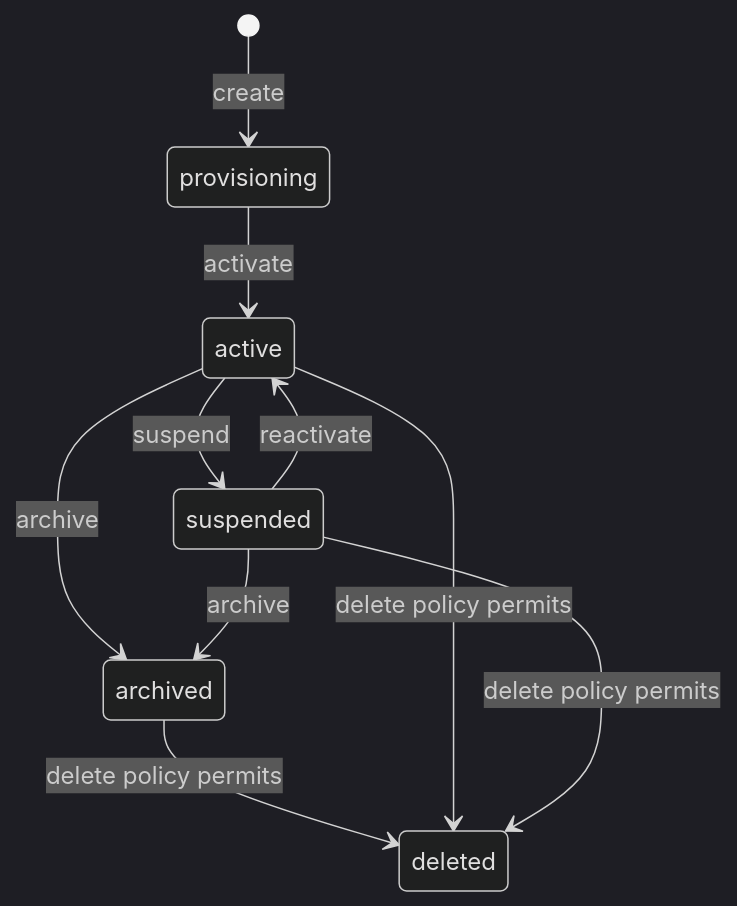
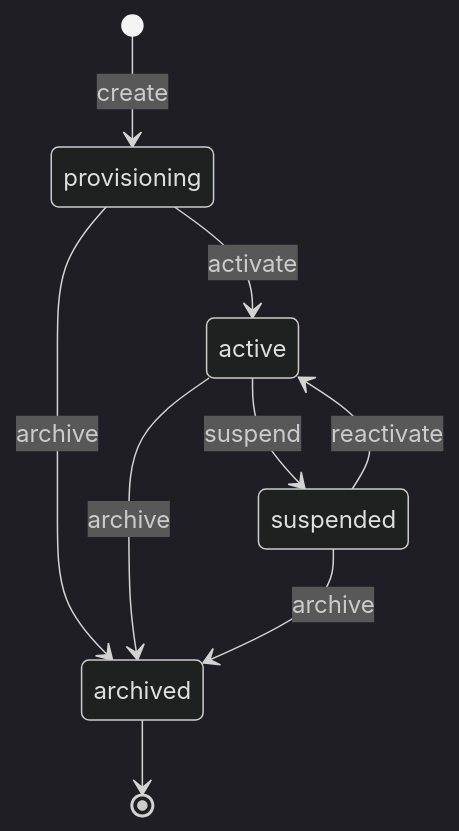
Before and after one commit to Axodus/ACS: the first of 2 diagrams in docs/epics/epic-15/architecture.md, drawn with Mermaid (dark theme). The commit also changed other lines of this file and 6 other files, not shown here.

```diff
--- a/docs/epics/epic-15/architecture.md
+++ b/docs/epics/epic-15/architecture.md
@@ -72,12 +72,11 @@
 ~~~mermaid
 stateDiagram-v2
   [*] --> provisioning: create
   provisioning --> active: activate
+  provisioning --> archived: archive
   active --> suspended: suspend
   suspended --> active: reactivate
   active --> archived: archive
   suspended --> archived: archive
-  archived --> deleted: delete policy permits
-  active --> deleted: delete policy permits
-  suspended --> deleted: delete policy permits
+  archived --> [*]
 ~~~
```
